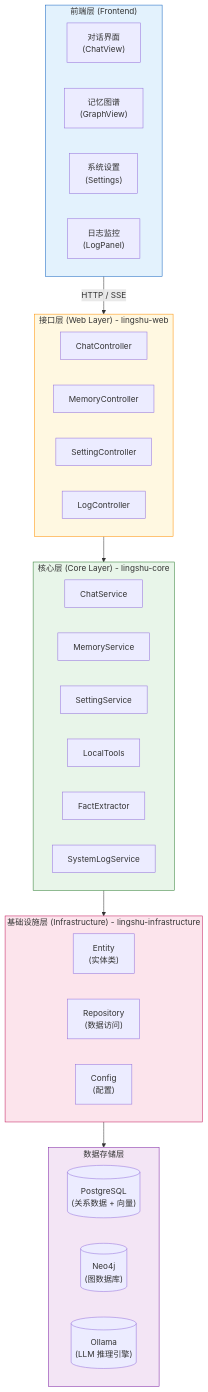
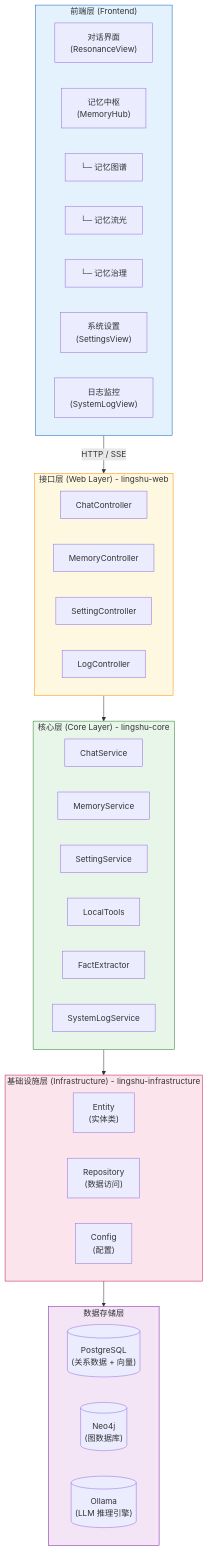
One commit to SailRuo/LingShu-AI changed the first of 11 diagrams in doc/系统概要设计文档.md. Above: the diagram before and after it, drawn with Mermaid. The commit also changed other lines of this file and 27 other files, not shown here.

````diff
--- a/doc/系统概要设计文档.md
+++ b/doc/系统概要设计文档.md
@@ -26,53 +26,56 @@
 ```mermaid
 flowchart TB
     subgraph Frontend["前端层 (Frontend)"]
         direction LR
-        F1["对话界面<br/>(ChatView)"]
-        F2["记忆图谱<br/>(GraphView)"]
-        F3["系统设置<br/>(Settings)"]
-        F4["日志监控<br/>(LogPanel)"]
+        F1["对话界面<br/>(ResonanceView)"]
+        F2["记忆中枢<br/>(MemoryHub)"]
+        F2_1["  └─ 记忆图谱"]
+        F2_2["  └─ 记忆流光"]
+        F2_3["  └─ 记忆治理"]
+        F3["系统设置<br/>(SettingsView)"]
+        F4["日志监控<br/>(SystemLogView)"]
     end
 
     subgraph Web["接口层 (Web Layer) - lingshu-web"]
         direction LR
         W1["ChatController"]
         W2["MemoryController"]
         W3["SettingController"]
         W4["LogController"]
     end
 
     subgraph Core["核心层 (Core Layer) - lingshu-core"]
         direction LR
         C1["ChatService"]
         C2["MemoryService"]
         C3["SettingService"]
         C4["LocalTools"]
         C5["FactExtractor"]
         C6["SystemLogService"]
     end
 
     subgraph Infra["基础设施层 (Infrastructure) - lingshu-infrastructure"]
         direction LR
         I1["Entity<br/>(实体类)"]
         I2["Repository<br/>(数据访问)"]
         I3["Config<br/>(配置)"]
     end
 
     subgraph Storage["数据存储层"]
         direction LR
         S1[("PostgreSQL<br/>(关系数据 + 向量)")]
         S2[("Neo4j<br/>(图数据库)")]
         S3[("Ollama<br/>(LLM 推理引擎)")]
     end
 
     Frontend -->|"HTTP / SSE"| Web
     Web --> Core
     Core --> Infra
     Infra --> Storage
 
     style Frontend fill:#e3f2fd,stroke:#1565c0
     style Web fill:#fff8e1,stroke:#ff8f00
     style Core fill:#e8f5e9,stroke:#2e7d32
     style Infra fill:#fce4ec,stroke:#c2185b
     style Storage fill:#f3e5f5,stroke:#7b1fa2
 ```
````
